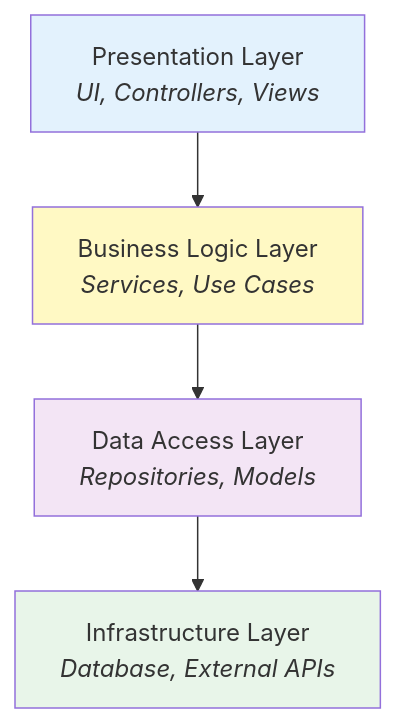
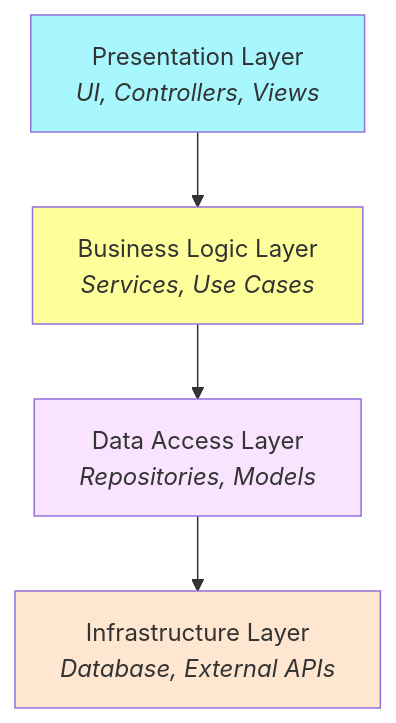
One commit to stricture-dev/stricture changed the diagram in packages/layered/README.md. Above: the diagram before and after it, drawn with Mermaid. The commit also changed 4 other files, not shown here.

First line of the commit message:
docs: update Mermaid diagram colors to use custom palette

````diff
--- a/packages/layered/README.md
+++ b/packages/layered/README.md
@@ -15,16 +15,16 @@
 ```mermaid
 graph TB
     Presentation["Presentation Layer<br/><i>UI, Controllers, Views</i>"]
     Business["Business Logic Layer<br/><i>Services, Use Cases</i>"]
     Data["Data Access Layer<br/><i>Repositories, Models</i>"]
     Infrastructure["Infrastructure Layer<br/><i>Database, External APIs</i>"]
 
     Presentation --> Business
     Business --> Data
     Data --> Infrastructure
 
-    style Presentation fill:#e3f2fd
-    style Business fill:#fff9c4
-    style Data fill:#f3e5f5
-    style Infrastructure fill:#e8f5e9
+    style Presentation fill:#a8f7fe
+    style Business fill:#feff9a
+    style Data fill:#f9e3fe
+    style Infrastructure fill:#fee6d0
 ```
````
